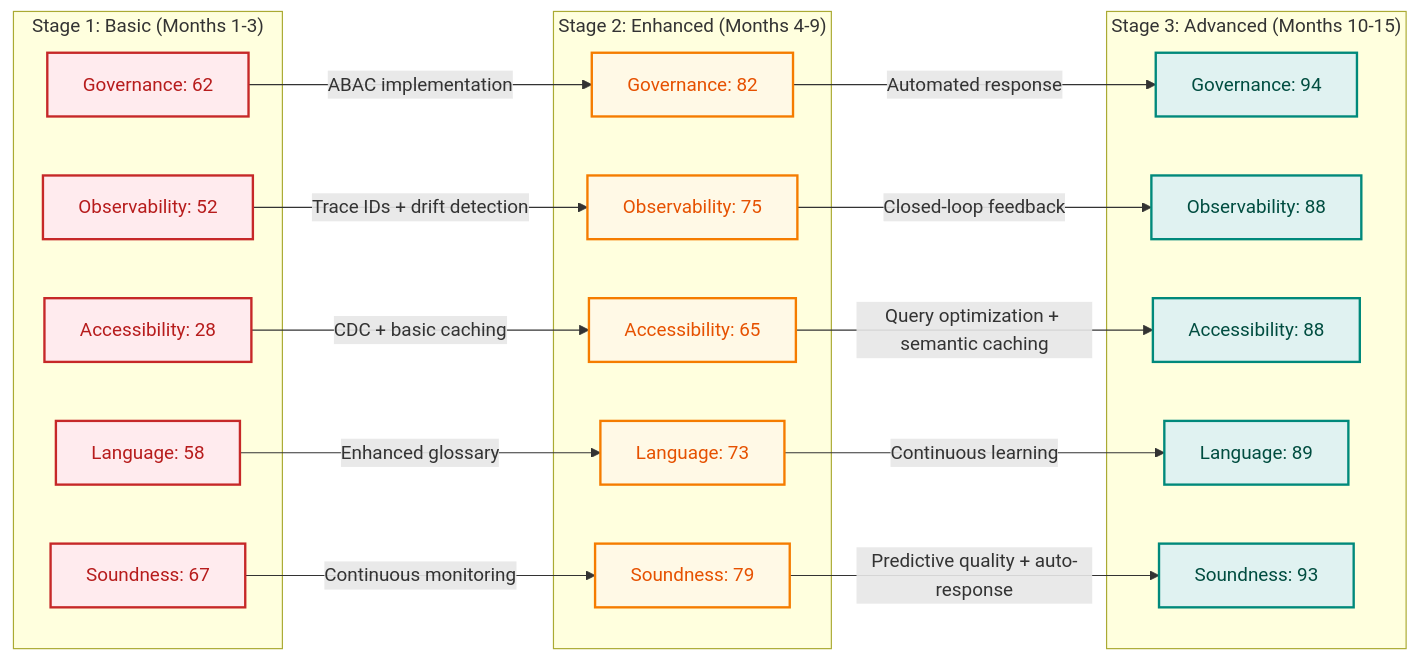
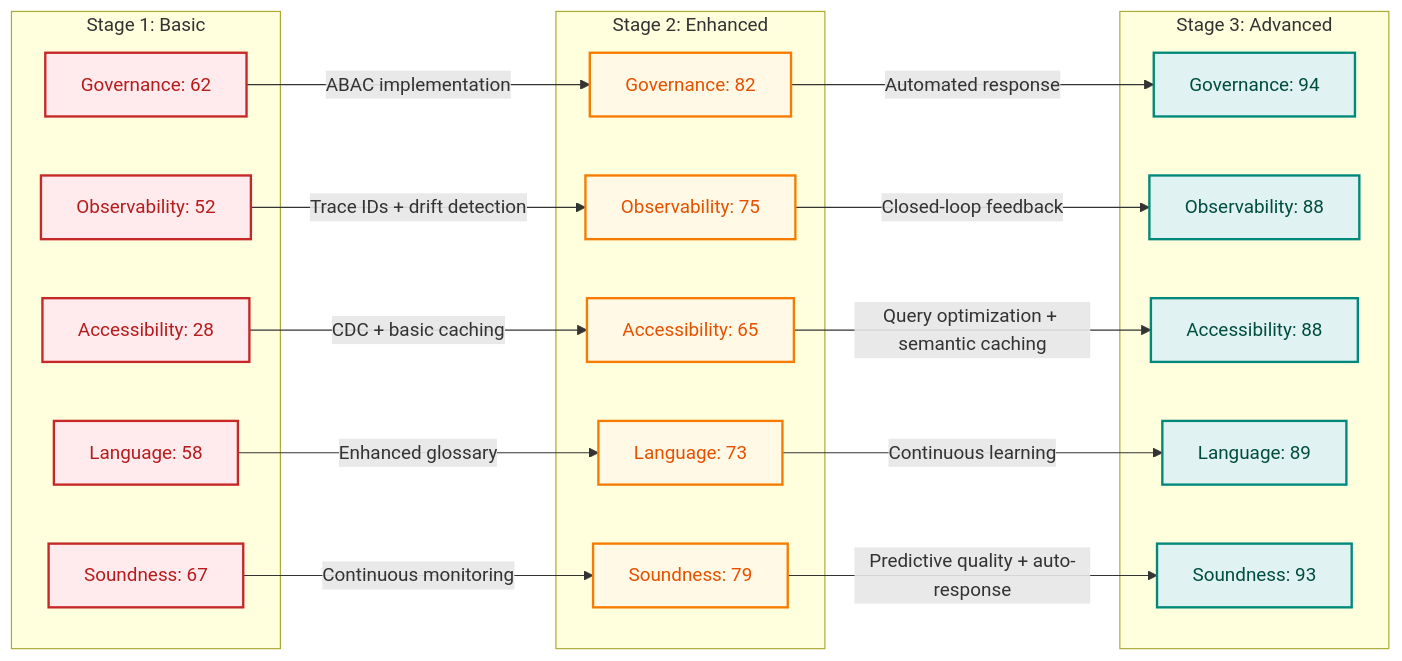
Before and after one commit to colaberry/enterprise-data-readiness-ai-agents: the tenth of 10 diagrams in chapter-02/chapter_2_complete.md, drawn with Mermaid. The commit also changed other lines of this file, not shown here.

First line of the commit message:
diagram fixes

````diff
--- a/chapter-02/chapter_2_complete.md
+++ b/chapter-02/chapter_2_complete.md
@@ -1631,59 +1669,59 @@
 ```mermaid
 graph LR
-    subgraph "Stage 1: Basic (Months 1-3)"
+    subgraph "Stage 1: Basic"
         G1["Governance: 62"]
         O1["Observability: 52"]
         A1["Accessibility: 28"]
         L1["Language: 58"]
         S1["Soundness: 67"]
     end
     
-    subgraph "Stage 2: Enhanced (Months 4-9)"
+    subgraph "Stage 2: Enhanced"
         G2["Governance: 82"]
         O2["Observability: 75"]
         A2["Accessibility: 65"]
         L2["Language: 73"]
         S2["Soundness: 79"]
     end
     
-    subgraph "Stage 3: Advanced (Months 10-15)"
+    subgraph "Stage 3: Advanced"
         G3["Governance: 94"]
         O3["Observability: 88"]
         A3["Accessibility: 88"]
         L3["Language: 89"]
         S3["Soundness: 93"]
     end
     
     G1 -->|ABAC implementation| G2
     G2 -->|Automated response| G3
     
     O1 -->|Trace IDs + drift detection| O2
     O2 -->|Closed-loop feedback| O3
     
     A1 -->|CDC + basic caching| A2
     A2 -->|Query optimization + semantic caching| A3
     
     L1 -->|Enhanced glossary| L2
     L2 -->|Continuous learning| L3
     
     S1 -->|Continuous monitoring| S2
     S2 -->|Predictive quality + auto-response| S3
     
     style G1 fill:#ffebee,stroke:#c62828,stroke-width:2px,color:#b71c1c
     style O1 fill:#ffebee,stroke:#c62828,stroke-width:2px,color:#b71c1c
     style A1 fill:#ffebee,stroke:#c62828,stroke-width:2px,color:#b71c1c
     style L1 fill:#ffebee,stroke:#c62828,stroke-width:2px,color:#b71c1c
     style S1 fill:#ffebee,stroke:#c62828,stroke-width:2px,color:#b71c1c
     
     style G2 fill:#fff9e6,stroke:#f57c00,stroke-width:2px,color:#e65100
     style O2 fill:#fff9e6,stroke:#f57c00,stroke-width:2px,color:#e65100
     style A2 fill:#fff9e6,stroke:#f57c00,stroke-width:2px,color:#e65100
     style L2 fill:#fff9e6,stroke:#f57c00,stroke-width:2px,color:#e65100
     style S2 fill:#fff9e6,stroke:#f57c00,stroke-width:2px,color:#e65100
     
     style G3 fill:#e0f2f1,stroke:#00897b,stroke-width:2px,color:#004d40
     style O3 fill:#e0f2f1,stroke:#00897b,stroke-width:2px,color:#004d40
     style A3 fill:#e0f2f1,stroke:#00897b,stroke-width:2px,color:#004d40
     style L3 fill:#e0f2f1,stroke:#00897b,stroke-width:2px,color:#004d40
     style S3 fill:#e0f2f1,stroke:#00897b,stroke-width:2px,color:#004d40
 ```
````
